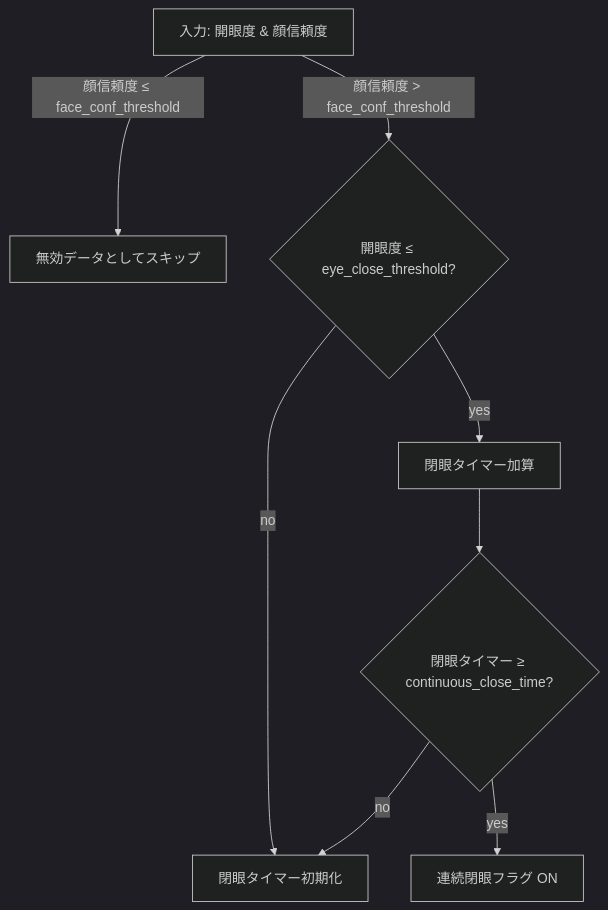
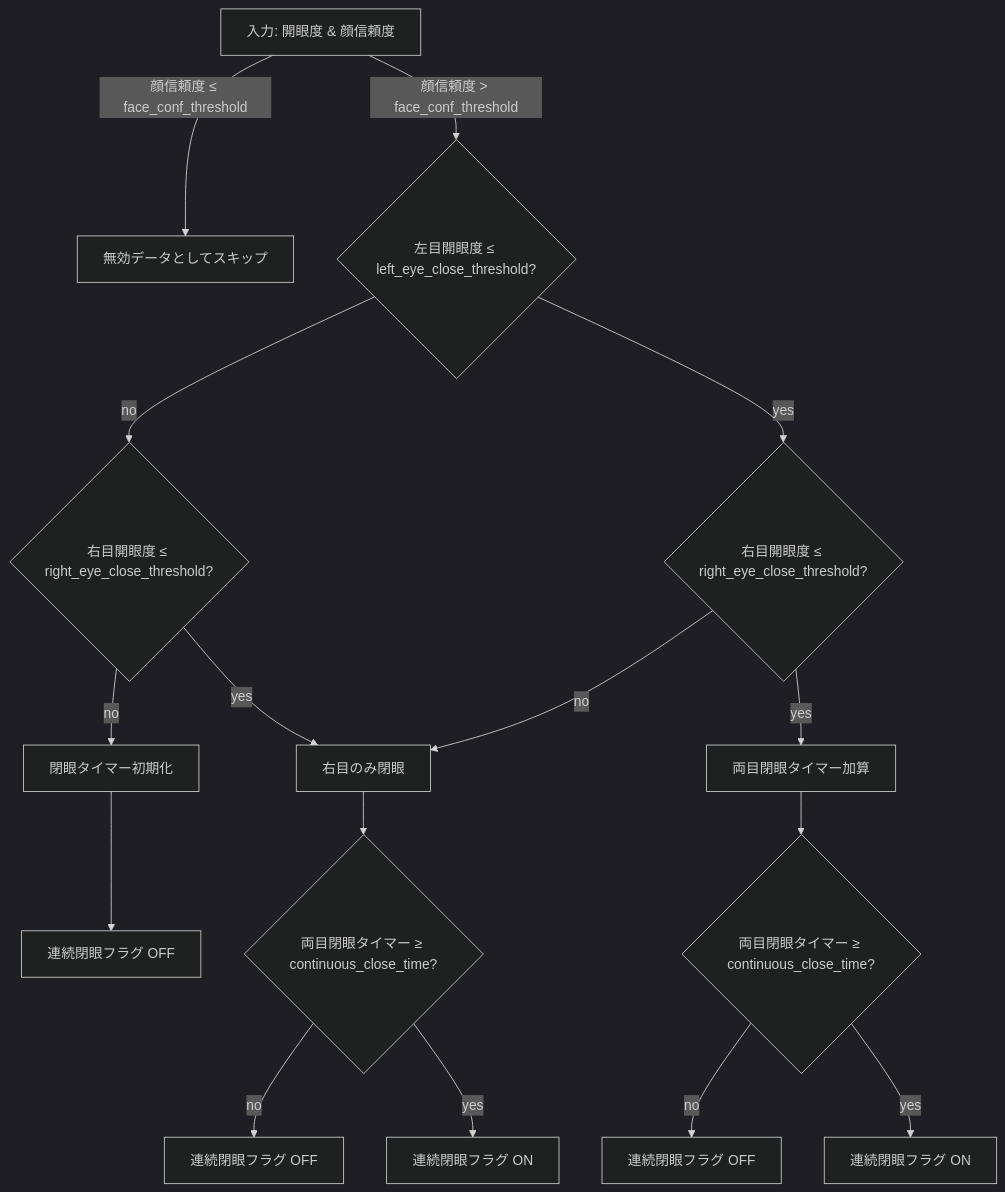
Before and after one commit to abekoki/drowsy_detection: the diagram in algorithm_specification/AS_drowsy_detection.md, drawn with Mermaid (dark theme). The commit also changed other lines of this file and 2 other files, not shown here.

````diff
--- a/algorithm_specification/AS_drowsy_detection.md
+++ b/algorithm_specification/AS_drowsy_detection.md
@@ -72,10 +73,18 @@
 ```mermaid
 graph TD
     A["入力: 開眼度 & 顔信頼度"] -->|顔信頼度 ≤ face_conf_threshold| G["無効データとしてスキップ"]
-    A -->|顔信頼度 > face_conf_threshold| C{開眼度 ≤ eye_close_threshold?}
+    A -->|顔信頼度 > face_conf_threshold| B{左目開眼度 ≤ left_eye_close_threshold?}
+    B -- no --> C{右目開眼度 ≤ right_eye_close_threshold?}
     C -- no --> F["閉眼タイマー初期化"]
-    C -- yes --> D["閉眼タイマー加算"]
-    D --> E{閉眼タイマー ≥ continuous_close_time?}
-    E -- no --> F
-    E -- yes --> H["連続閉眼フラグ ON"]
+    C -- yes --> D["右目のみ閉眼"]
+    B -- yes --> E{右目開眼度 ≤ right_eye_close_threshold?}
+    E -- no --> D
+    E -- yes --> H["両目閉眼タイマー加算"]
+    H --> I{両目閉眼タイマー ≥ continuous_close_time?}
+    I -- no --> J["連続閉眼フラグ OFF"]
+    I -- yes --> K["連続閉眼フラグ ON"]
+    D --> L{両目閉眼タイマー ≥ continuous_close_time?}
+    L -- no --> M["連続閉眼フラグ OFF"]
+    L -- yes --> N["連続閉眼フラグ ON"]
+    F --> O["連続閉眼フラグ OFF"]
 ```
````
